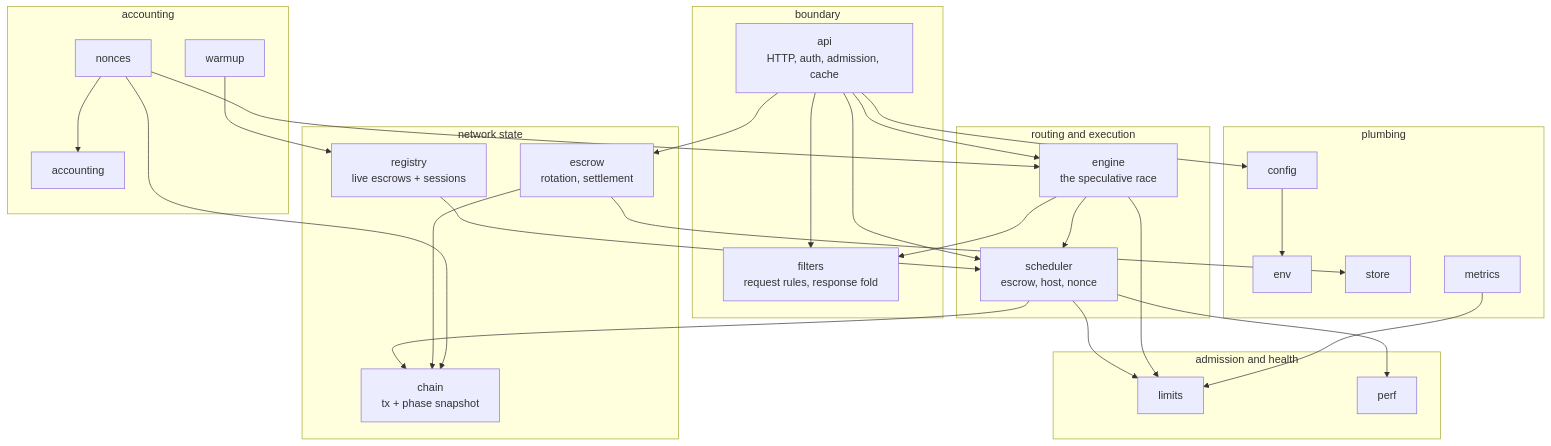
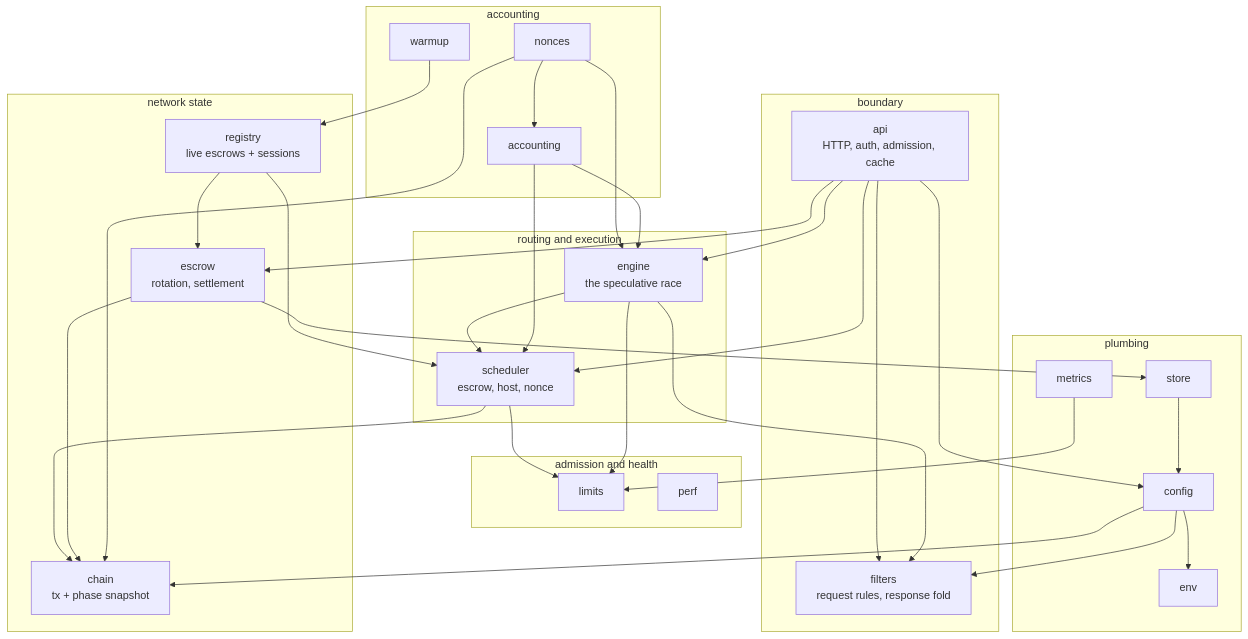
One commit to gonka-ai/gonka changed the first of 3 diagrams in devshard/cmd/gateway/docs/architecture.md. Above: the diagram before and after it, drawn with Mermaid. The commit also changed 1 other file, not shown here.

Commit message:
devshard/gateway: docs list every metric and the real import graph

````diff
--- a/devshard/cmd/gateway/docs/architecture.md
+++ b/devshard/cmd/gateway/docs/architecture.md
@@ -17,52 +17,57 @@
 ```mermaid
 graph TD
     subgraph boundary["boundary"]
         API["api<br/>HTTP, auth, admission, cache"]
         FIL["filters<br/>request rules, response fold"]
     end
     subgraph routing["routing and execution"]
         SCH["scheduler<br/>escrow, host, nonce"]
         ENG["engine<br/>the speculative race"]
     end
     subgraph state["network state"]
         REG["registry<br/>live escrows + sessions"]
         ESC["escrow<br/>rotation, settlement"]
         CHN["chain<br/>tx + phase snapshot"]
     end
     subgraph health["admission and health"]
         LIM["limits"]
         PRF["perf"]
     end
     subgraph ledger["accounting"]
         NON["nonces"]
         ACC["accounting"]
         WRM["warmup"]
     end
     subgraph plumbing["plumbing"]
         CFG["config"]
         ENV["env"]
         STO["store"]
         MET["metrics"]
     end
 
     API --> FIL
     API --> SCH
     API --> ENG
     API --> ESC
     ENG --> SCH
     SCH --> LIM
-    SCH --> PRF
     SCH --> CHN
     ENG --> LIM
     ENG --> FIL
     REG --> SCH
     ESC --> CHN
     ESC --> STO
     NON --> ACC
     NON --> ENG
     NON --> CHN
     WRM --> REG
     CFG --> ENV
     API --> CFG
     MET --> LIM
+    REG --> ESC
+    ACC --> ENG
+    ACC --> SCH
+    CFG --> CHN
+    CFG --> FIL
+    STO --> CFG
 ```
````
